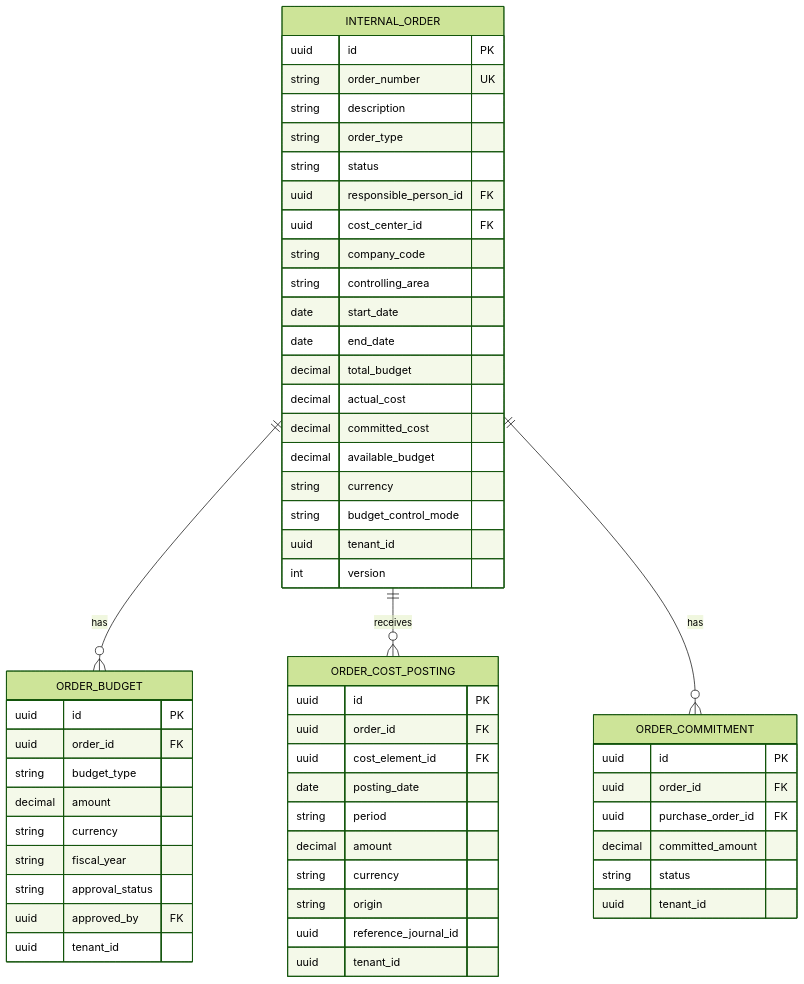
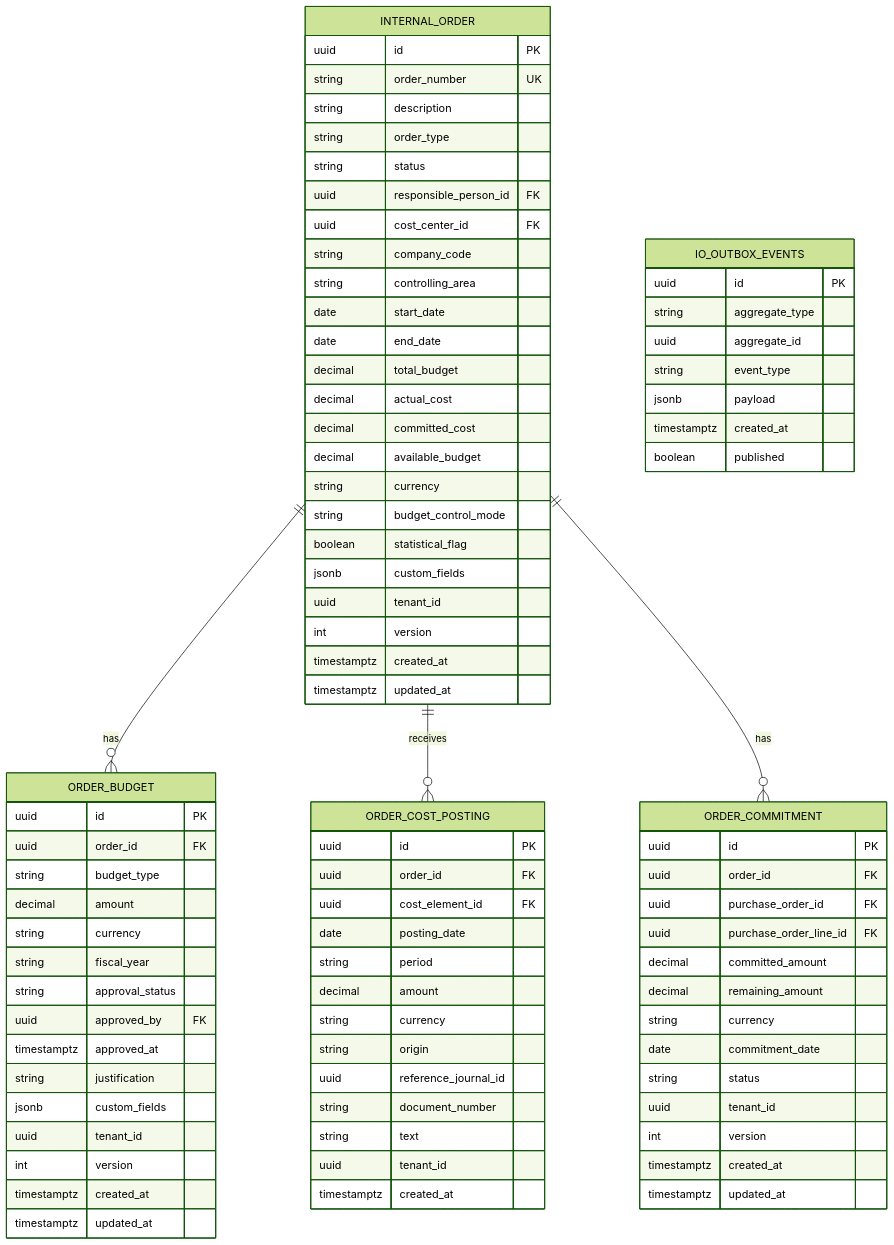
The sixth of 6 diagrams in T3_Domains/CO/domain-specs/co_io-spec.md (openleap-io/io.openleap.dev.spec), drawn with Mermaid (forest theme) before and after one commit. The commit also changed other lines of this file and 54 other files, not shown here.

````diff
--- a/T3_Domains/CO/domain-specs/co_io-spec.md
+++ b/T3_Domains/CO/domain-specs/co_io-spec.md
@@ -768,8 +2306,12 @@
         decimal available_budget
         string currency
         string budget_control_mode
+        boolean statistical_flag
+        jsonb custom_fields
         uuid tenant_id
         int version
+        timestamptz created_at
+        timestamptz updated_at
     }
 
     ORDER_BUDGET {
@@ -781,7 +2323,13 @@
         string fiscal_year
         string approval_status
         uuid approved_by FK
+        timestamptz approved_at
+        string justification
+        jsonb custom_fields
         uuid tenant_id
+        int version
+        timestamptz created_at
+        timestamptz updated_at
     }
 
     ORDER_COST_POSTING {
@@ -794,15 +2342,35 @@
         string currency
         string origin
         uuid reference_journal_id
+        string document_number
+        string text
         uuid tenant_id
+        timestamptz created_at
     }
 
     ORDER_COMMITMENT {
         uuid id PK
         uuid order_id FK
         uuid purchase_order_id FK
+        uuid purchase_order_line_id FK
         decimal committed_amount
+        decimal remaining_amount
+        string currency
+        date commitment_date
         string status
         uuid tenant_id
+        int version
+        timestamptz created_at
+        timestamptz updated_at
+    }
+
+    IO_OUTBOX_EVENTS {
+        uuid id PK
+        string aggregate_type
+        uuid aggregate_id
+        string event_type
+        jsonb payload
+        timestamptz created_at
+        boolean published
     }
 ```
````
